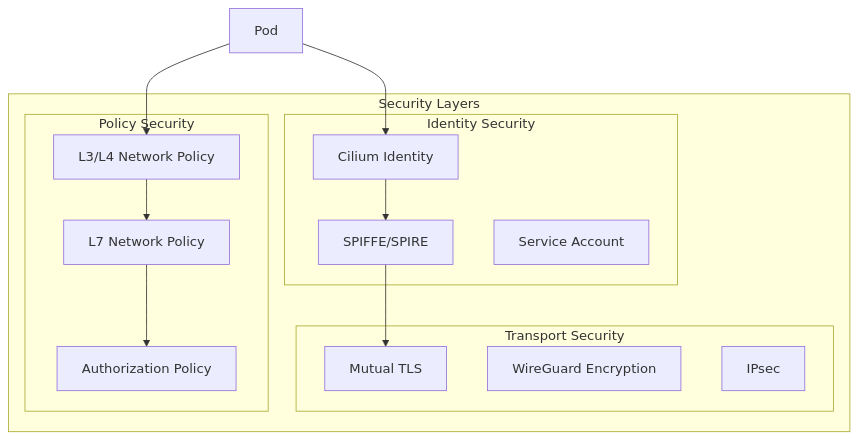
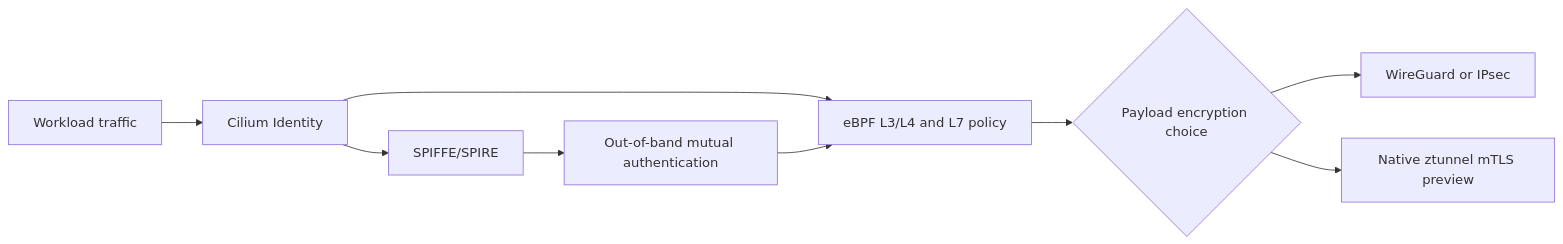
The first of 5 diagrams in en/service-mesh/cilium-service-mesh/03-security.md (Atom-oh/kubernetes-docs), drawn with Mermaid before and after one commit. The commit also changed other lines of this file and 11 other files, not shown here.

First line of the commit message:
docs: clarify service mesh mTLS and retry guidance

````diff
--- a/en/service-mesh/cilium-service-mesh/03-security.md
+++ b/en/service-mesh/cilium-service-mesh/03-security.md
@@ -12,30 +18,17 @@
 ```mermaid
-graph TB
-    subgraph "Security Layers"
-        subgraph "Transport Security"
-            mTLS[Mutual TLS]
-            WG[WireGuard Encryption]
-            IPsec[IPsec]
-        end
+flowchart LR
+    Workload[Workload traffic]
+    Identity[Cilium Identity]
+    Policy[eBPF L3/L4 and L7 policy]
+    SPIRE[SPIFFE/SPIRE]
+    Auth[Out-of-band mutual authentication]
+    Encrypt{Payload encryption choice}
+    WG[WireGuard or IPsec]
+    Native[Native ztunnel mTLS preview]
 
-        subgraph "Identity Security"
-            SPIFFE[SPIFFE/SPIRE]
-            CiliumID[Cilium Identity]
-            SA[Service Account]
-        end
-
-        subgraph "Policy Security"
-            L3L4[L3/L4 Network Policy]
-            L7[L7 Network Policy]
-            Auth[Authorization Policy]
-        end
-    end
-
-    Pod[Pod] --> CiliumID
-    CiliumID --> SPIFFE
-    SPIFFE --> mTLS
-
-    Pod --> L3L4
-    L3L4 --> L7
-    L7 --> Auth
+    Workload --> Identity --> Policy
+    Identity --> SPIRE --> Auth --> Policy
+    Policy --> Encrypt
+    Encrypt --> WG
+    Encrypt --> Native
 ```
````
